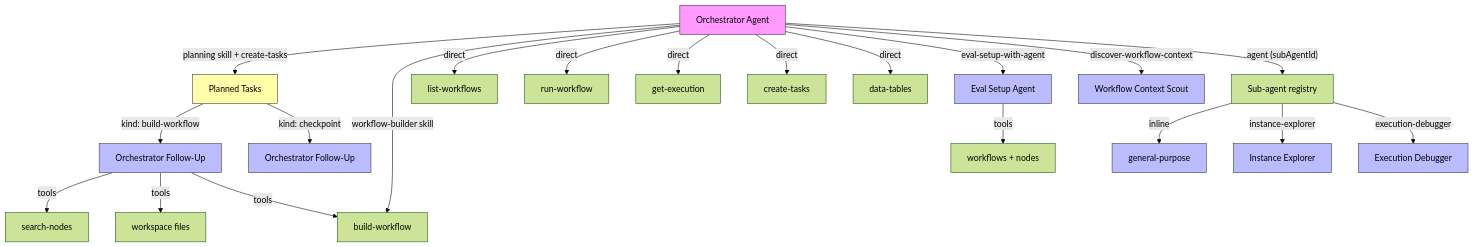
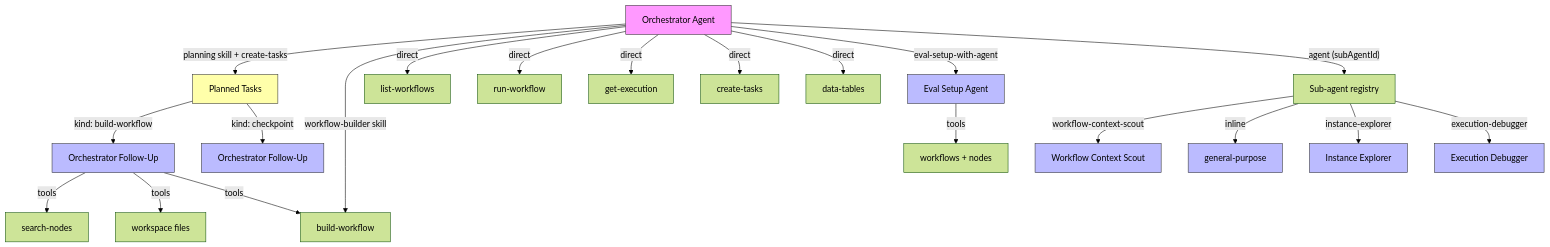
The second of 2 diagrams in packages/@n8n/instance-ai/docs/architecture.md (mayankjain1815-commits/n8n), drawn with Mermaid (forest theme) before and after one commit. The commit also changed other lines of this file and 25 other files, not shown here.

Commit message:
chore: remove explicit discover workflow context tool

````diff
--- a/packages/@n8n/instance-ai/docs/architecture.md
+++ b/packages/@n8n/instance-ai/docs/architecture.md
@@ -140,34 +140,34 @@
 ```mermaid
 graph TD
     O[Orchestrator Agent] -->|planning skill + create-tasks| S3[Planned Tasks]
     O -->|workflow-builder skill| T10[build-workflow]
     O -->|direct| T1[list-workflows]
     O -->|direct| T2[run-workflow]
     O -->|direct| T3[get-execution]
     O -->|direct| T4[create-tasks]
     O -->|direct| T5[data-tables]
     O -->|eval-setup-with-agent| S5[Eval Setup Agent]
-    O -->|discover-workflow-context| S7["Workflow Context Scout"]
     O -->|"agent (subAgentId)"| S8["Sub-agent registry"]
 
     S3 -->|kind: build-workflow| S4[Orchestrator Follow-Up]
     S3 -->|kind: checkpoint| S6[Orchestrator Follow-Up]
 
     S4 -->|tools| T8[search-nodes]
     S4 -->|tools| T9[workspace files]
     S4 -->|tools| T10
     S5 -->|tools| T11[workflows + nodes]
+    S8 -->|"workflow-context-scout"| S7["Workflow Context Scout"]
     S8 -->|"inline"| S9[general-purpose]
     S8 -->|"instance-explorer"| S10[Instance Explorer]
     S8 -->|"execution-debugger"| S11[Execution Debugger]
 
     style O fill:#f9f,stroke:#333
     style S3 fill:#ffa,stroke:#333
     style S4 fill:#bbf,stroke:#333
     style S5 fill:#bbf,stroke:#333
     style S6 fill:#bbf,stroke:#333
     style S7 fill:#bbf,stroke:#333
     style S9 fill:#bbf,stroke:#333
     style S10 fill:#bbf,stroke:#333
     style S11 fill:#bbf,stroke:#333
 ```
````
